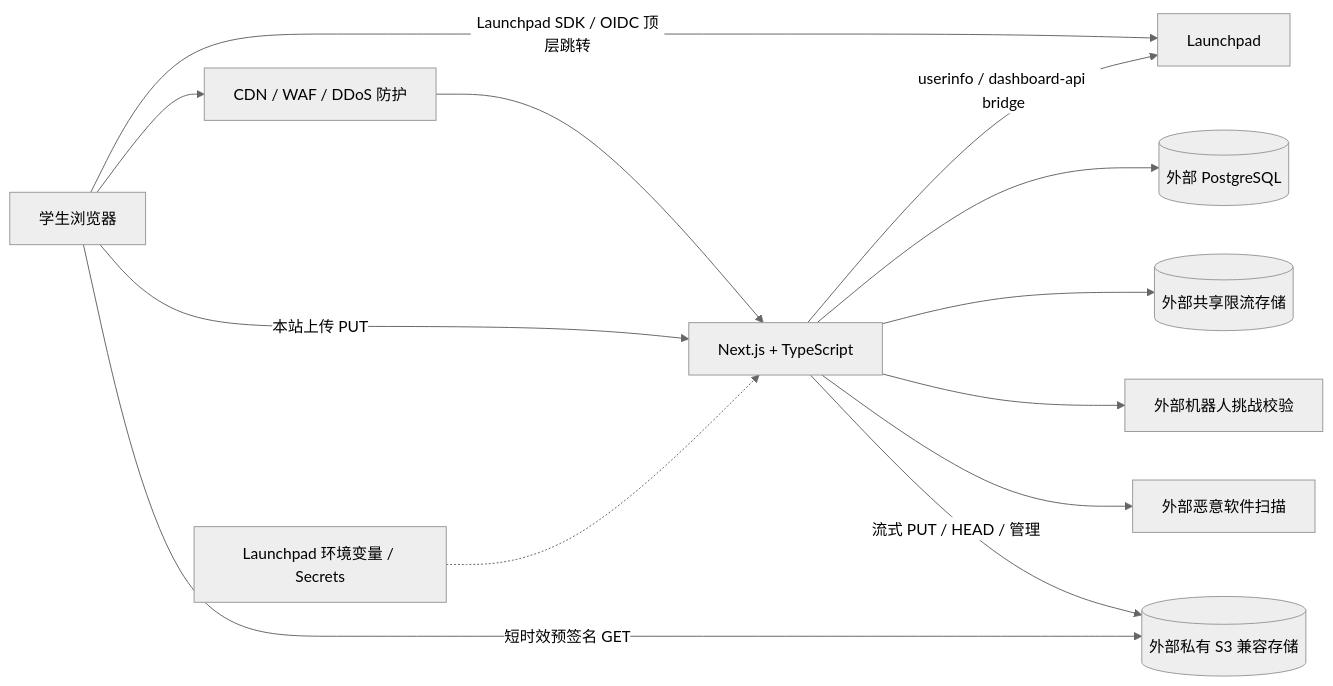
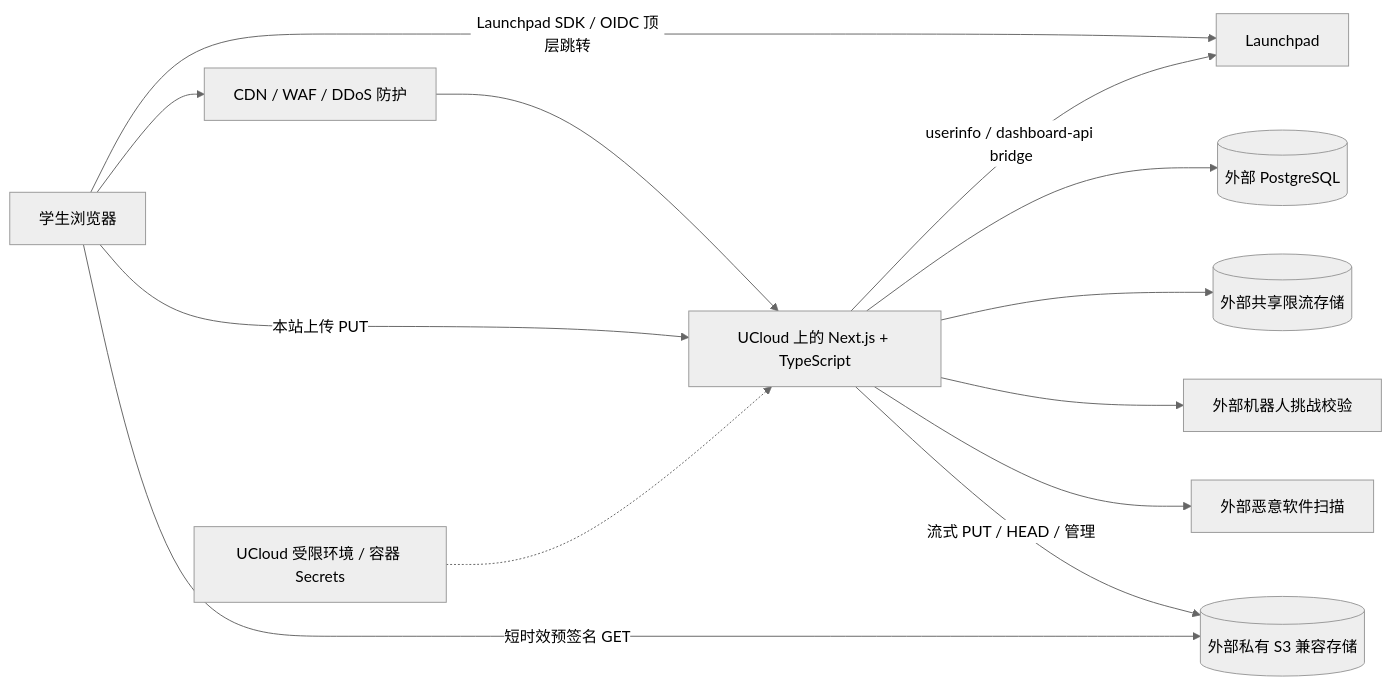
The diagram in SHSID-Online-MVP-PRD.md (summerliang74/sider), drawn with Mermaid (neutral theme) before and after one commit. The commit also changed other lines of this file and 18 other files, not shown here.

````diff
--- a/SHSID-Online-MVP-PRD.md
+++ b/SHSID-Online-MVP-PRD.md
@@ -245,15 +254,15 @@
 ```mermaid
 flowchart LR
     U[学生浏览器] --> E[CDN / WAF / DDoS 防护]
-    E --> N[Next.js + TypeScript]
+    E --> N[UCloud 上的 Next.js + TypeScript]
     U -->|Launchpad SDK / OIDC 顶层跳转| L[Launchpad]
     U -->|本站上传 PUT| N
     N -->|userinfo / dashboard-api bridge| L
-    V[Launchpad 环境变量 / Secrets] -.-> N
+    V[UCloud 受限环境 / 容器 Secrets] -.-> N
     N --> P[(外部 PostgreSQL)]
     N --> R[(外部共享限流存储)]
     N --> B[外部机器人挑战校验]
     N --> M[外部恶意软件扫描]
     N -->|流式 PUT / HEAD / 管理| S[(外部私有 S3 兼容存储)]
     U -->|短时效预签名 GET| S
 ```
````
